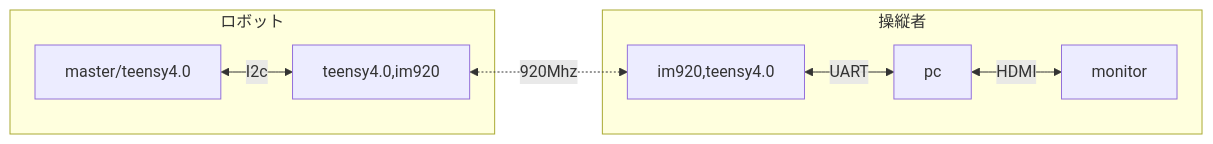
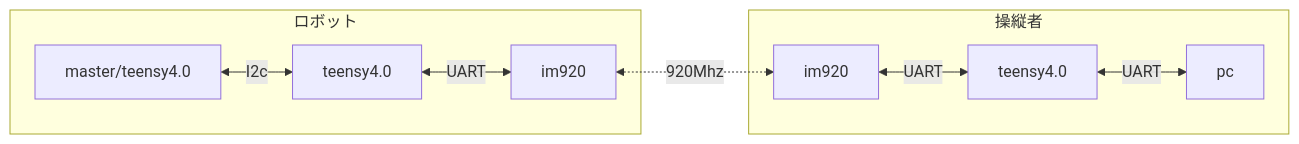
The diagram in README.md (CaseyNelson314/Visualizer), drawn with Mermaid before and after one commit. The commit also changed other lines of this file, not shown here.

````diff
--- a/README.md
+++ b/README.md
@@ -29,9 +64,9 @@
     ```mermaid
     flowchart LR
     	subgraph ロボット
-    	master[master/teensy4.0] <--I2c--> toMaster[teensy4.0,im920]
+    	master[master/teensy4.0] <--I2c--> masterForwarding[teensy4.0] <--UART--> masterIm920[im920]
     	end
     	subgraph 操縦者
-    	toMaster <-.920Mhz.-> toPc[im920,teensy4.0] <--UART--> pc <--HDMI--> monitor
+    	masterIm920 <-.920Mhz.-> toPc[im920] <--UART--> pcForwarding[teensy4.0] <--UART--> pc
     	end
     ```
````
